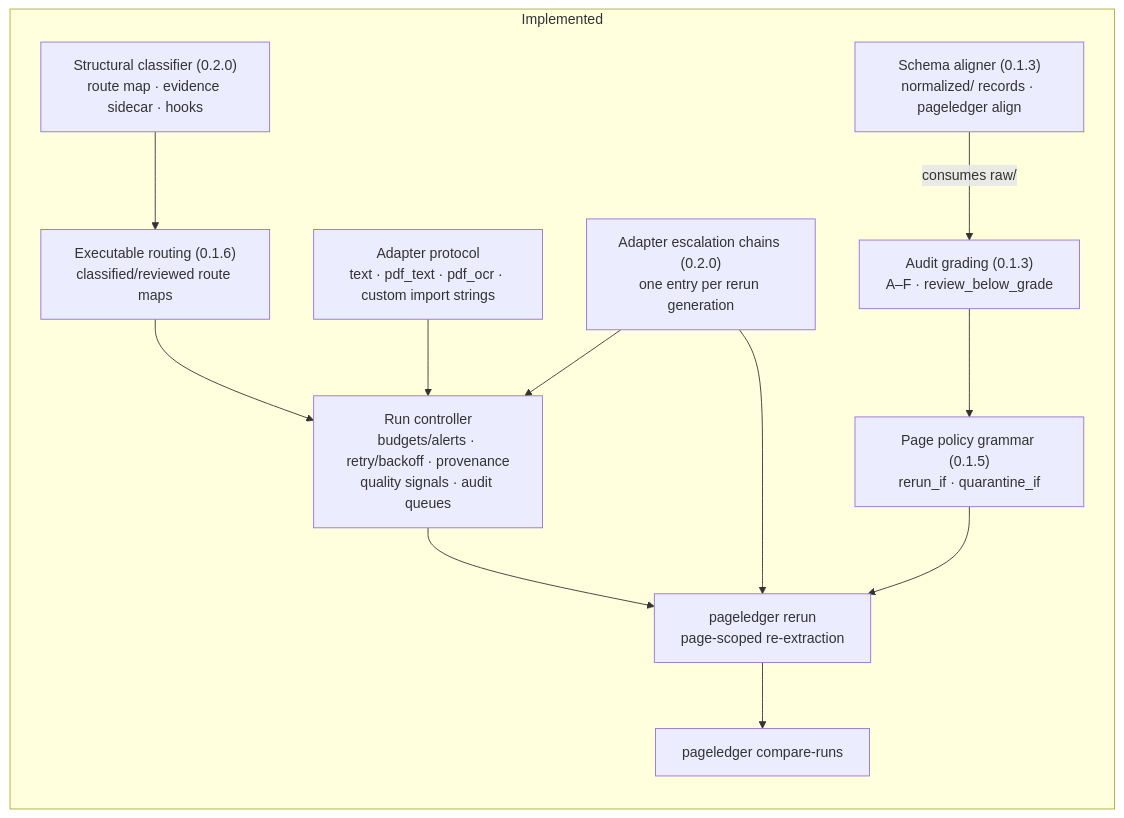
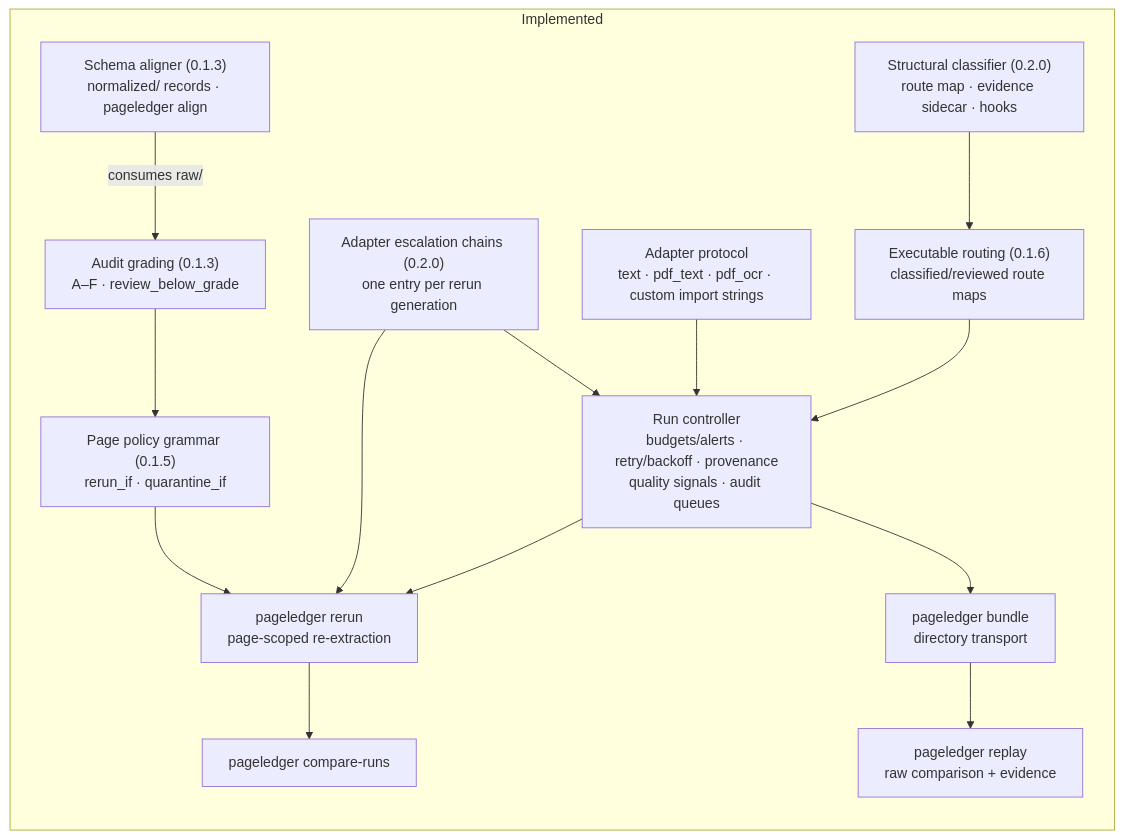
One commit to peterbussch/pageledger changed the diagram in docs/design.md. Above: the diagram before and after it, drawn with Mermaid. The commit also changed other lines of this file and 19 other files, not shown here.

````diff
--- a/docs/design.md
+++ b/docs/design.md
@@ -10,23 +10,26 @@
 ```mermaid
 flowchart LR
     subgraph Shipped["Implemented"]
         RC["Run controller<br/>budgets/alerts · retry/backoff · provenance<br/>quality signals · audit queues"]
         AP["Adapter protocol<br/>text · pdf_text · pdf_ocr · custom import strings"]
         CL["Structural classifier (0.2.0)<br/>route map · evidence sidecar · hooks"]
         CHAIN["Adapter escalation chains (0.2.0)<br/>one entry per rerun generation"]
         SA["Schema aligner (0.1.3)<br/>normalized/ records · pageledger align"]
         AG["Audit grading (0.1.3)<br/>A–F · review_below_grade"]
         RIF["Page policy grammar (0.1.5)<br/>rerun_if · quarantine_if"]
         ER["Executable routing (0.1.6)<br/>classified/reviewed route maps"]
         RR["pageledger rerun<br/>page-scoped re-extraction"]
         CMP["pageledger compare-runs"]
+        VB["pageledger bundle<br/>directory transport"]
+        RP["pageledger replay<br/>raw comparison + evidence"]
     end
     CL --> ER
     ER --> RC
     RC --> RR --> CMP
     AP --> RC
     CHAIN --> RC
     CHAIN --> RR
     SA -- "consumes raw/" --> AG
     AG --> RIF --> RR
+    RC --> VB --> RP
 ```
````
